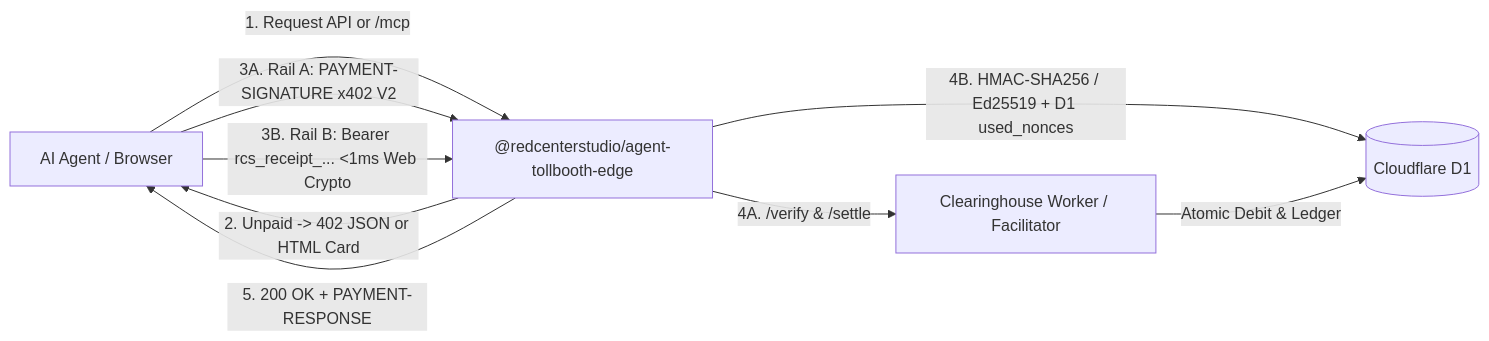
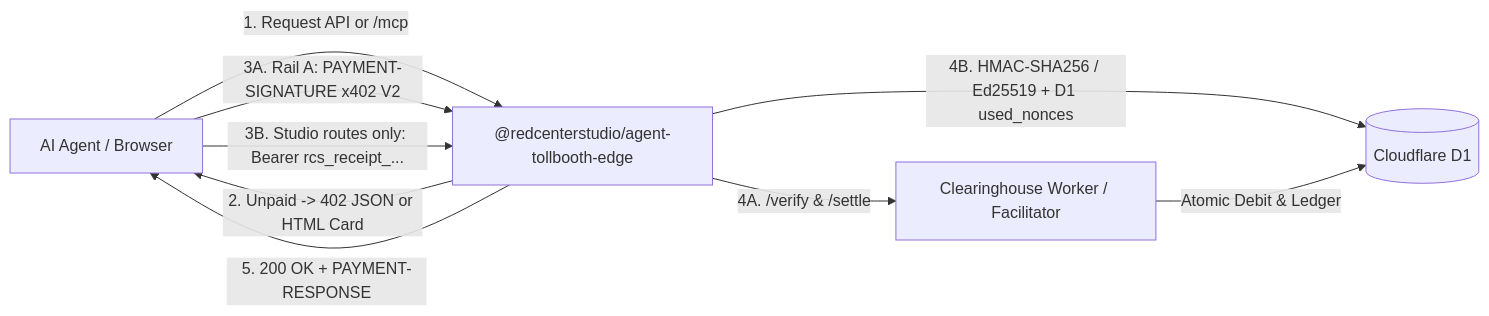
One commit to Red-Center-Studio/agent-tollbooth-402 changed the diagram in README.md. Above: the diagram before and after it, drawn with Mermaid. The commit also changed other lines of this file and 10 other files, not shown here.

First line of the commit message:
Honest 402 browser card and listings: no top-up button or fake simulated retry, prepaid wallet shown only where accepted; plugin and README copy match the crypto-only model

````diff
--- a/README.md
+++ b/README.md
@@ -66,11 +66,11 @@
 ```mermaid
 flowchart LR
     Agent["AI Agent / Browser"] -->|1. Request API or /mcp| Edge["@redcenterstudio/agent-tollbooth-edge"]
     Edge -->|2. Unpaid -> 402 JSON or HTML Card| Agent
     Agent -->|3A. Rail A: PAYMENT-SIGNATURE x402 V2| Edge
-    Agent -->|3B. Rail B: Bearer rcs_receipt_... <1ms Web Crypto| Edge
+    Agent -->|3B. Studio routes only: Bearer rcs_receipt_...| Edge
     Edge -->|4A. /verify & /settle| Facilitator["Clearinghouse Worker / Facilitator"]
     Edge -->|4B. HMAC-SHA256 / Ed25519 + D1 used_nonces| NonceDB[("Cloudflare D1")]
     Facilitator -->|Atomic Debit & Ledger| NonceDB
     Edge -->|5. 200 OK + PAYMENT-RESPONSE| Agent
 ```
````
